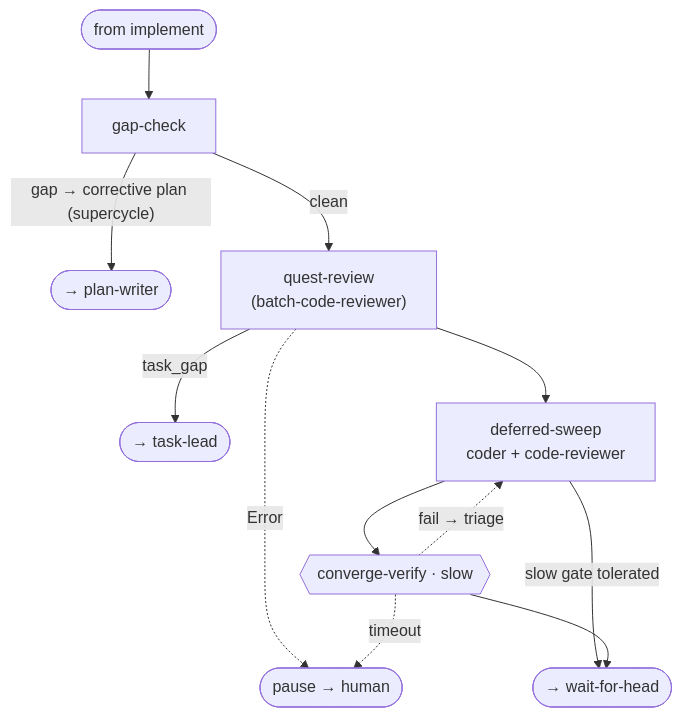
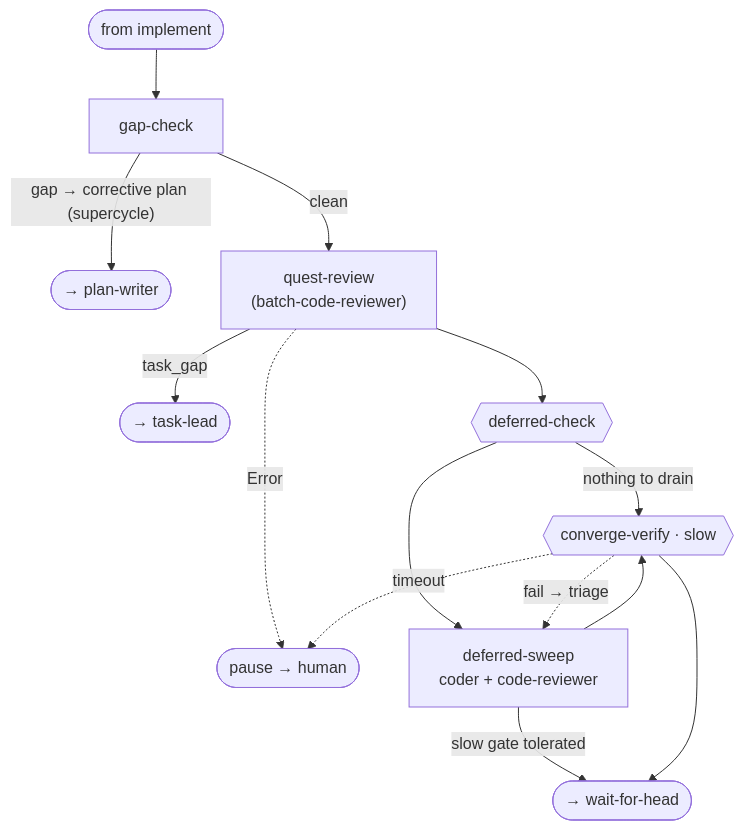
Diagram 12 of 13 in docs/internals/architecture.md (jpoimboe/imp), drawn with Mermaid before and after one commit. The commit also changed other lines of this file and 6 other files, not shown here.

First line of the commit message:
converge: front the deferred sweep with the deferred-check guard

````diff
--- a/docs/internals/architecture.md
+++ b/docs/internals/architecture.md
@@ -256,14 +260,16 @@
 ```mermaid
 flowchart TD
   in([from implement]) --> GC["gap-check"]
   GC -->|"gap → corrective plan (supercycle)"| toplan([→ plan-writer])
   GC -->|clean| QR["quest-review<br/>(batch-code-reviewer)"]
   QR -->|task_gap| totl([→ task-lead])
   QR -. Error .-> HUMAN([pause → human])
-  QR --> DS["deferred-sweep<br/>coder + code-reviewer"]
+  QR --> DC{{"deferred-check"}}
+  DC -->|"nothing to drain"| CV
+  DC --> DS["deferred-sweep<br/>coder + code-reviewer"]
   DS -->|"slow gate tolerated"| out([→ wait-for-head])
   DS --> CV{{"converge-verify · slow"}}
   CV -. "fail → triage" .-> DS
   CV -. timeout .-> HUMAN
   CV --> out
 ```
````
